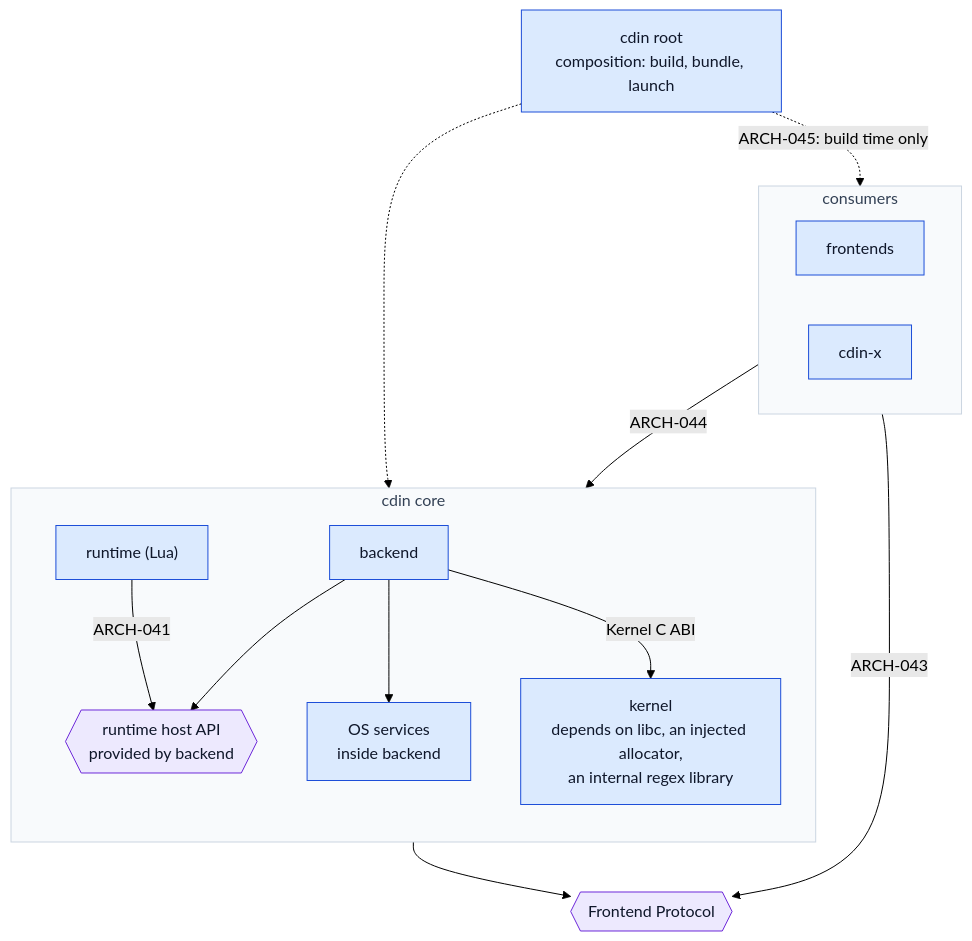
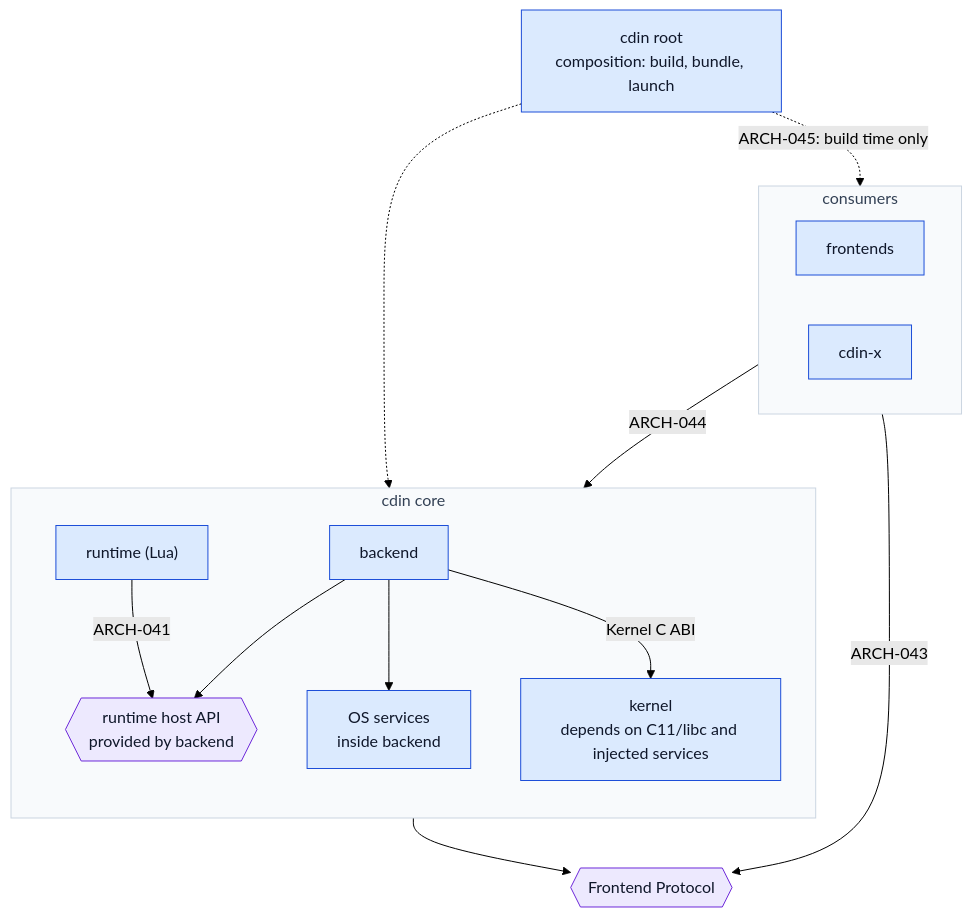
The diagram in docs/architecture/module-boundaries.md (cdin-editor/spec), drawn with Mermaid (forest theme) before and after one commit. The commit also changed other lines of this file and 36 other files, not shown here.

First line of the commit message:
docs(spec)!: establish the CDIN architecture baseline v1.0.0

````diff
--- a/docs/architecture/module-boundaries.md
+++ b/docs/architecture/module-boundaries.md
@@ -7,34 +7,34 @@
 ```mermaid
 flowchart TB
     ROOT["cdin root<br/>composition: build, bundle, launch"]
     subgraph TOP["consumers"]
         direction LR
         FE["frontends"]
         X["cdin-x"]
     end
     PROTO{{"Frontend Protocol"}}
     subgraph CORE["cdin core"]
         direction TB
         RT["runtime (Lua)"]
         RTH{{"runtime host API<br/>provided by backend"}}
         BE["backend"]
         OSS["OS services<br/>inside backend"]
-        K["kernel<br/>depends on libc, an injected allocator,<br/>an internal regex library"]
+        K["kernel<br/>depends on C11/libc and injected services"]
     end
 
     ROOT -. "ARCH-045: build time only" .-> TOP
     ROOT -.-> CORE
     FE -- "ARCH-043" --> PROTO
     BE --> PROTO
     X -- "ARCH-044" --> RT
     RT -- "ARCH-041" --> RTH
     BE --> RTH
     BE --> OSS
     BE -- "Kernel C ABI" --> K
     classDef comp fill:#dbeafe,stroke:#1d4ed8,color:#0f172a
     classDef contract fill:#ede9fe,stroke:#6d28d9,color:#0f172a
     classDef group fill:#f8fafc,stroke:#cbd5e1,color:#334155
     class BE,FE,K,OSS,ROOT,RT,X comp
     class PROTO,RTH contract
     class CORE,TOP group
 ```
````
